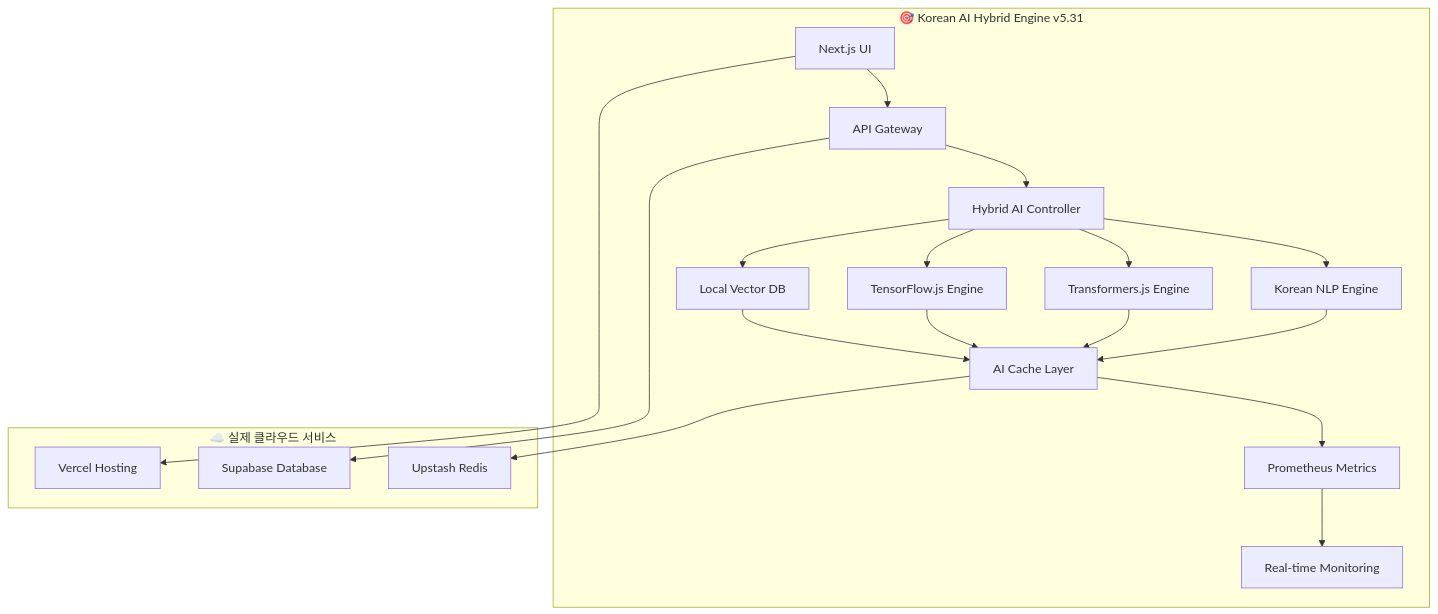
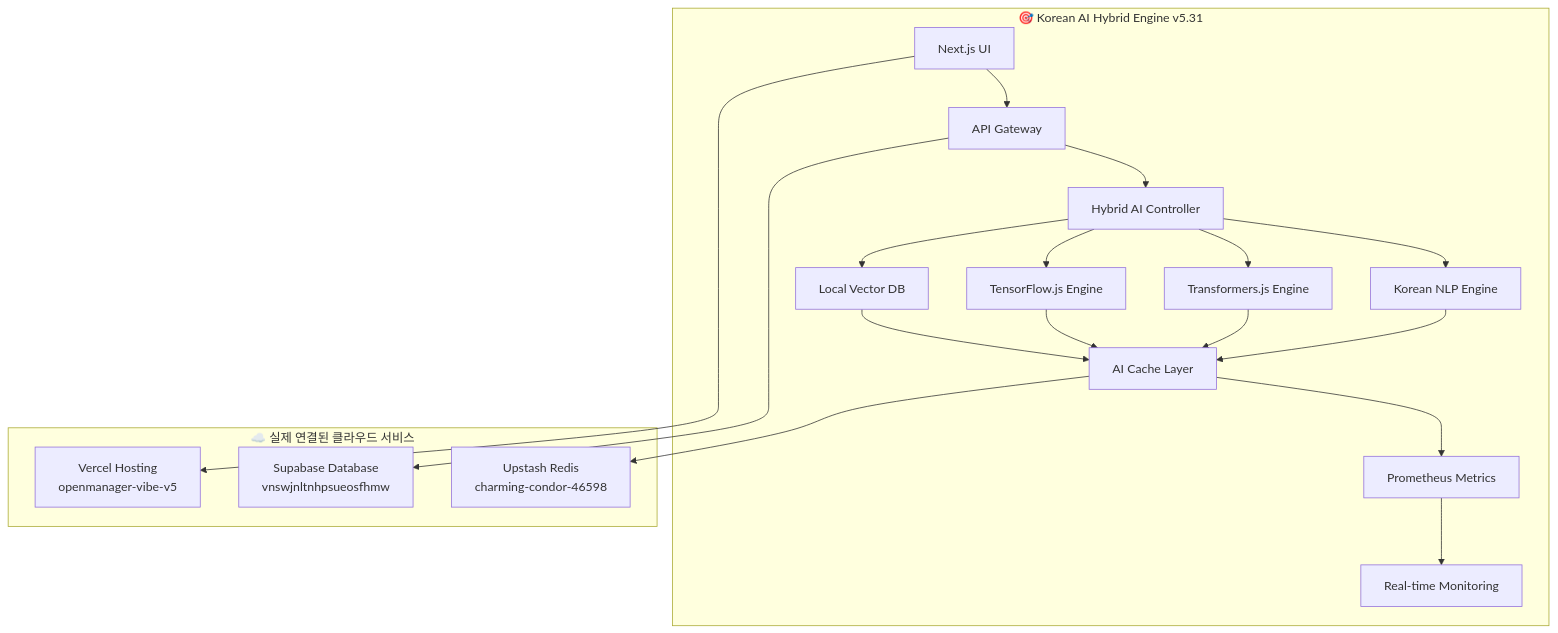
One commit to skyasu2/openmanager-vibe-v5 changed the diagram in README.md. Above: the diagram before and after it, drawn with Mermaid. The commit also changed other lines of this file, not shown here.

````diff
--- a/README.md
+++ b/README.md
@@ -64,30 +71,30 @@
 ```mermaid
 graph TB
     subgraph "🎯 Korean AI Hybrid Engine v5.31"
         UI["Next.js UI"] --> Gateway["API Gateway"]
         Gateway --> Hybrid["Hybrid AI Controller"]
         
         Hybrid --> Korean["Korean NLP Engine"]
         Hybrid --> TF["Transformers.js Engine"]
         Hybrid --> Tensor["TensorFlow.js Engine"]
         Hybrid --> Vector["Local Vector DB"]
         
         Korean --> Cache["AI Cache Layer"]
         TF --> Cache
         Tensor --> Cache
         Vector --> Cache
         
         Cache --> Metrics["Prometheus Metrics"]
         Metrics --> Monitor["Real-time Monitoring"]
     end
     
-    subgraph "☁️ 실제 클라우드 서비스"
-        Supabase["Supabase Database"]
-        Redis["Upstash Redis"]
-        Vercel["Vercel Hosting"]
+    subgraph "☁️ 실제 연결된 클라우드 서비스"
+        Supabase["Supabase Database<br/>vnswjnltnhpsueosfhmw"]
+        Redis["Upstash Redis<br/>charming-condor-46598"]
+        Vercel["Vercel Hosting<br/>openmanager-vibe-v5"]
     end
     
     Gateway --> Supabase
     Cache --> Redis
     UI --> Vercel
 ```
````
